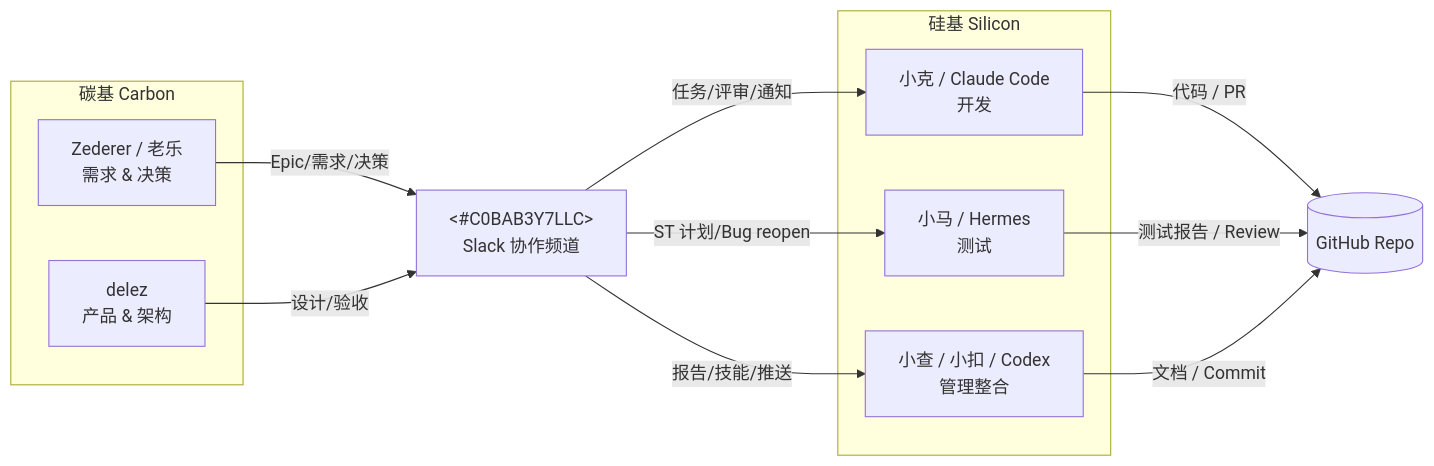
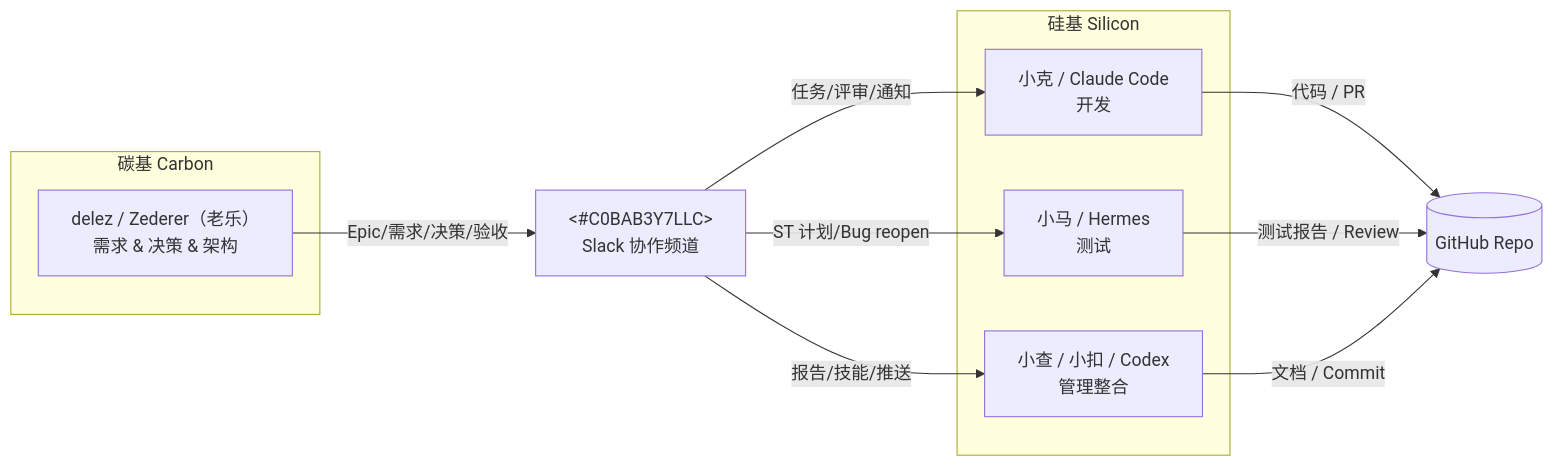
Before and after one commit to AINIZE-SPACE/ChorusGate: the fourth of 4 diagrams in docs/reports/REPORT-v3-2026-06-16-executive.md, drawn with Mermaid. The commit also changed other lines of this file, not shown here.

Commit message:
docs(reports): clarify delez/Zederer identity and link v4 issues #93-#99

````diff
--- a/docs/reports/REPORT-v3-2026-06-16-executive.md
+++ b/docs/reports/REPORT-v3-2026-06-16-executive.md
@@ -246,21 +247,19 @@
 ```mermaid
 flowchart LR
     subgraph 碳基 Carbon
-        Z["Zederer / 老乐<br>需求 & 决策"]
-        D["delez<br>产品 & 架构"]
+        Z["delez / Zederer（老乐）<br>需求 & 决策 & 架构"]
     end
     S["<#C0BAB3Y7LLC><br>Slack 协作频道"]
     subgraph 硅基 Silicon
         K["小克 / Claude Code<br>开发"]
         M["小马 / Hermes<br>测试"]
         C["小查 / 小扣 / Codex<br>管理整合"]
     end
-    Z -->|Epic/需求/决策| S
-    D -->|设计/验收| S
+    Z -->|Epic/需求/决策/验收| S
     S -->|任务/评审/通知| K
     S -->|ST 计划/Bug reopen| M
     S -->|报告/技能/推送| C
     K -->|代码 / PR| Repo[(GitHub Repo)]
     M -->|测试报告 / Review| Repo
     C -->|文档 / Commit| Repo
 ```
````
